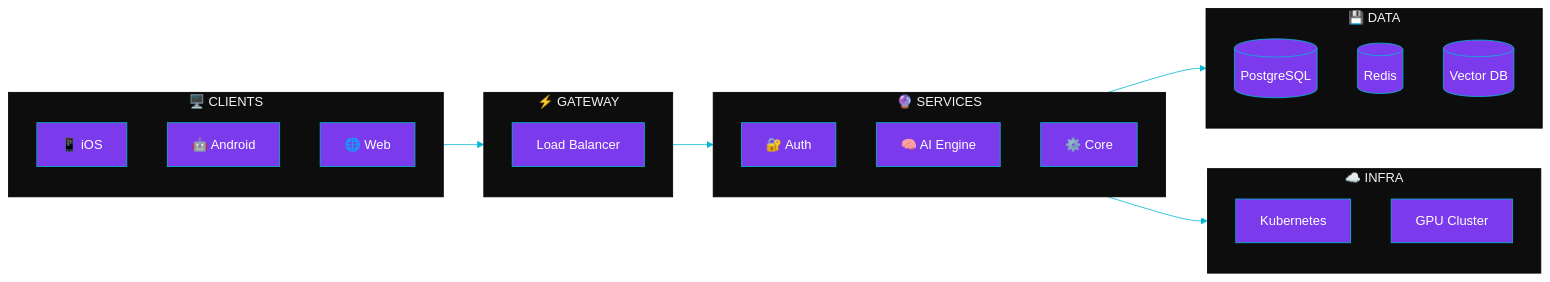
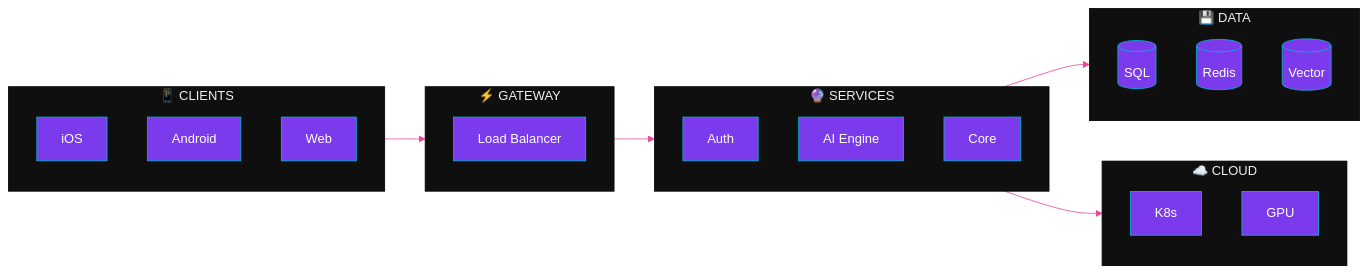
One commit to yash1511-bogam/yash1511-bogam changed the second of 3 diagrams in README.md. Above: the diagram before and after it, drawn with Mermaid. The commit also changed other lines of this file, not shown here.

Commit message:
Crazy animated profile with Orbitron font, fixed mermaid colors

````diff
--- a/README.md
+++ b/README.md
@@ -61,36 +85,33 @@
 ```mermaid
-%%{init: {'theme': 'base', 'themeVariables': { 'primaryColor': '#7c3aed', 'primaryTextColor': '#fff', 'primaryBorderColor': '#06b6d4', 'lineColor': '#06b6d4', 'secondaryColor': '#1a1a2e', 'tertiaryColor': '#0d0d0d', 'background': '#0d0d0d'}}}%%
+%%{init: {'theme': 'base', 'themeVariables': { 'primaryColor': '#7c3aed', 'primaryTextColor': '#ffffff', 'primaryBorderColor': '#06b6d4', 'lineColor': '#ec4899', 'secondaryColor': '#1a1a2e', 'tertiaryColor': '#0f0f0f', 'background': '#0f0f0f', 'textColor': '#ffffff', 'nodeTextColor': '#ffffff'}}}%%
 flowchart LR
-    subgraph C["🖥️ CLIENTS"]
-        direction TB
-        iOS["📱 iOS"]
-        Android["🤖 Android"]
-        Web["🌐 Web"]
+    subgraph C["📱 CLIENTS"]
+        iOS["iOS"]
+        Android["Android"]
+        Web["Web"]
     end
     
     subgraph G["⚡ GATEWAY"]
         LB["Load Balancer"]
     end
     
     subgraph S["🔮 SERVICES"]
-        direction TB
-        Auth["🔐 Auth"]
-        AI["🧠 AI Engine"]
-        Core["⚙️ Core"]
+        Auth["Auth"]
+        AI["AI Engine"]
+        Core["Core"]
     end
     
     subgraph D["💾 DATA"]
-        direction TB
-        DB[("PostgreSQL")]
+        DB[("SQL")]
         Cache[("Redis")]
-        Vec[("Vector DB")]
+        Vec[("Vector")]
     end
     
-    subgraph I["☁️ INFRA"]
-        K8s["Kubernetes"]
-        GPU["GPU Cluster"]
+    subgraph I["☁️ CLOUD"]
+        K8s["K8s"]
+        GPU["GPU"]
     end
     
     C --> G --> S --> D
     S --> I
 ```
````
